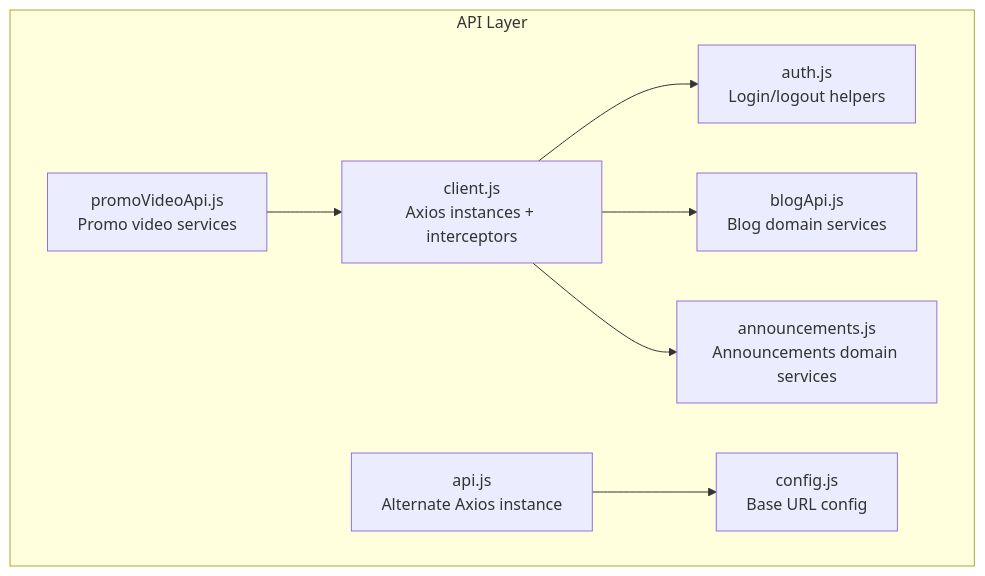
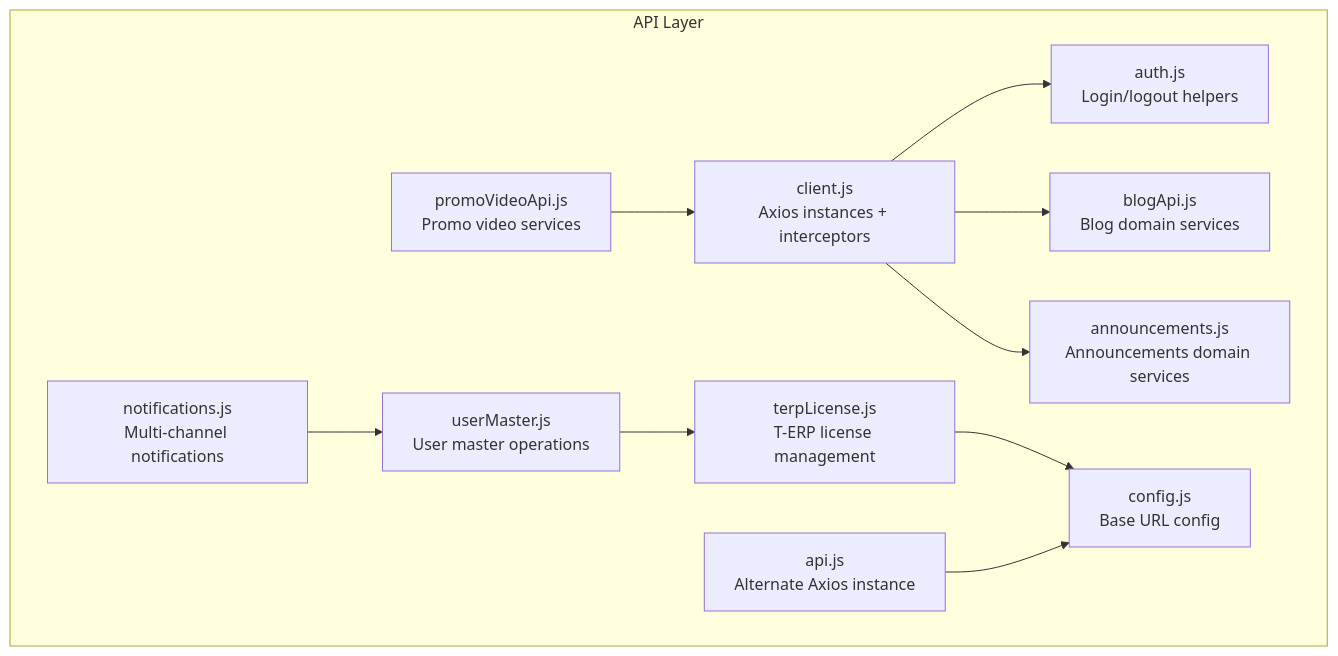
The first of 11 diagrams in .qoder/repowiki/en/content/Application Architecture/API Integration Patterns.md (imcbsglobal/TRELLISCO_ERP_FRONTEND), drawn with Mermaid before and after one commit. The commit also changed other lines of this file and 35 other files, not shown here.

````diff
--- a/.qoder/repowiki/en/content/Application Architecture/API Integration Patterns.md
+++ b/.qoder/repowiki/en/content/Application Architecture/API Integration Patterns.md
@@ -47,17 +62,23 @@
 ```mermaid
 graph TB
 subgraph "API Layer"
 Client["client.js<br/>Axios instances + interceptors"]
 ApiLegacy["api.js<br/>Alternate Axios instance"]
 Auth["auth.js<br/>Login/logout helpers"]
 Blog["blogApi.js<br/>Blog domain services"]
 Announcements["announcements.js<br/>Announcements domain services"]
 Promo["promoVideoApi.js<br/>Promo video services"]
+Terp["terpLicense.js<br/>T-ERP license management"]
+UserMaster["userMaster.js<br/>User master operations"]
+Notifications["notifications.js<br/>Multi-channel notifications"]
 Config["config.js<br/>Base URL config"]
 end
 Client --> Auth
 Client --> Blog
 Client --> Announcements
 Promo --> Client
+Terp --> Config
+UserMaster --> Terp
+Notifications --> UserMaster
 ApiLegacy --> Config
 ```
````
